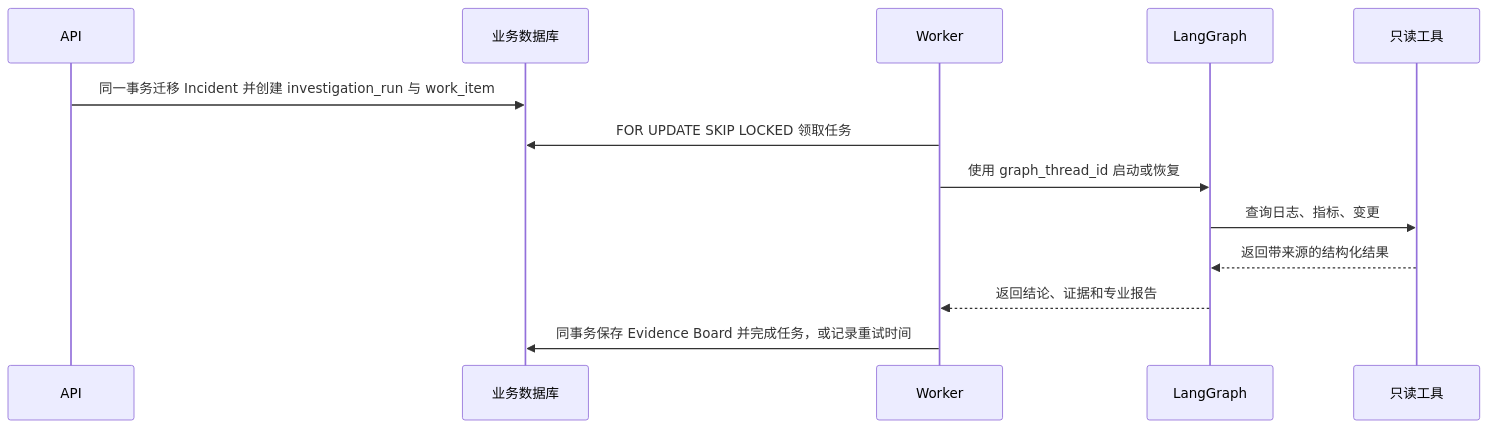
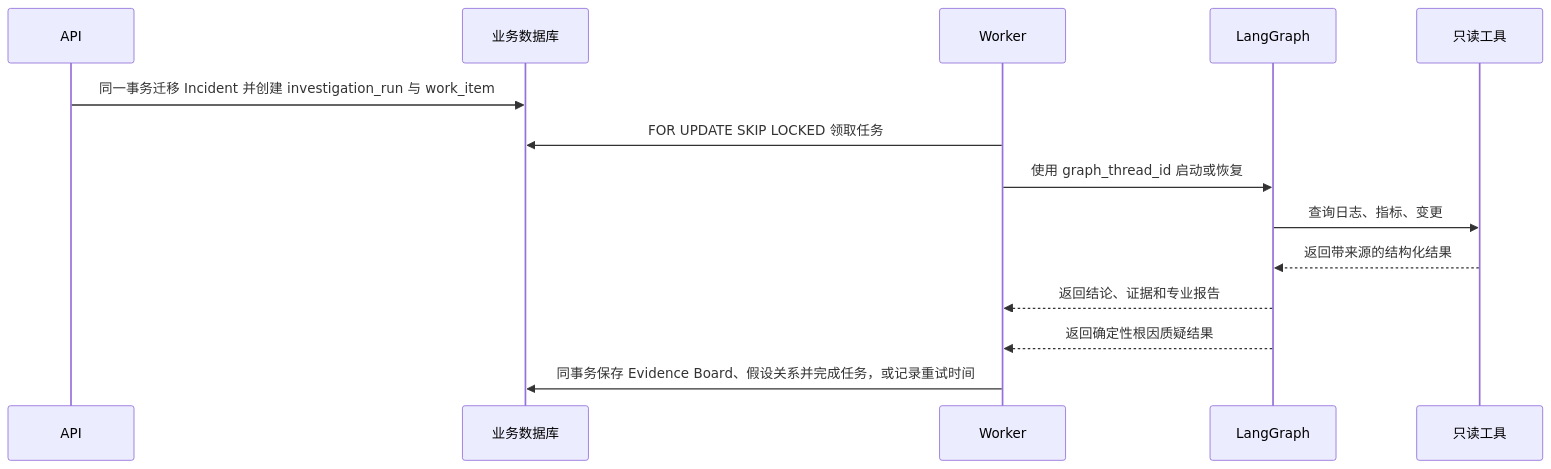
The second of 2 diagrams in docs/architecture/02-system-architecture.md (kill-t/ops-swarm), drawn with Mermaid before and after one commit. The commit also changed other lines of this file and 27 other files, not shown here.

````diff
--- a/docs/architecture/02-system-architecture.md
+++ b/docs/architecture/02-system-architecture.md
@@ -70,16 +70,17 @@
 ```mermaid
 sequenceDiagram
     participant API
     participant DB as 业务数据库
     participant Worker
     participant Graph as LangGraph
     participant Tool as 只读工具
 
     API->>DB: 同一事务迁移 Incident 并创建 investigation_run 与 work_item
     Worker->>DB: FOR UPDATE SKIP LOCKED 领取任务
     Worker->>Graph: 使用 graph_thread_id 启动或恢复
     Graph->>Tool: 查询日志、指标、变更
     Tool-->>Graph: 返回带来源的结构化结果
     Graph-->>Worker: 返回结论、证据和专业报告
-    Worker->>DB: 同事务保存 Evidence Board 并完成任务，或记录重试时间
+    Graph-->>Worker: 返回确定性根因质疑结果
+    Worker->>DB: 同事务保存 Evidence Board、假设关系并完成任务，或记录重试时间
 ```
````
